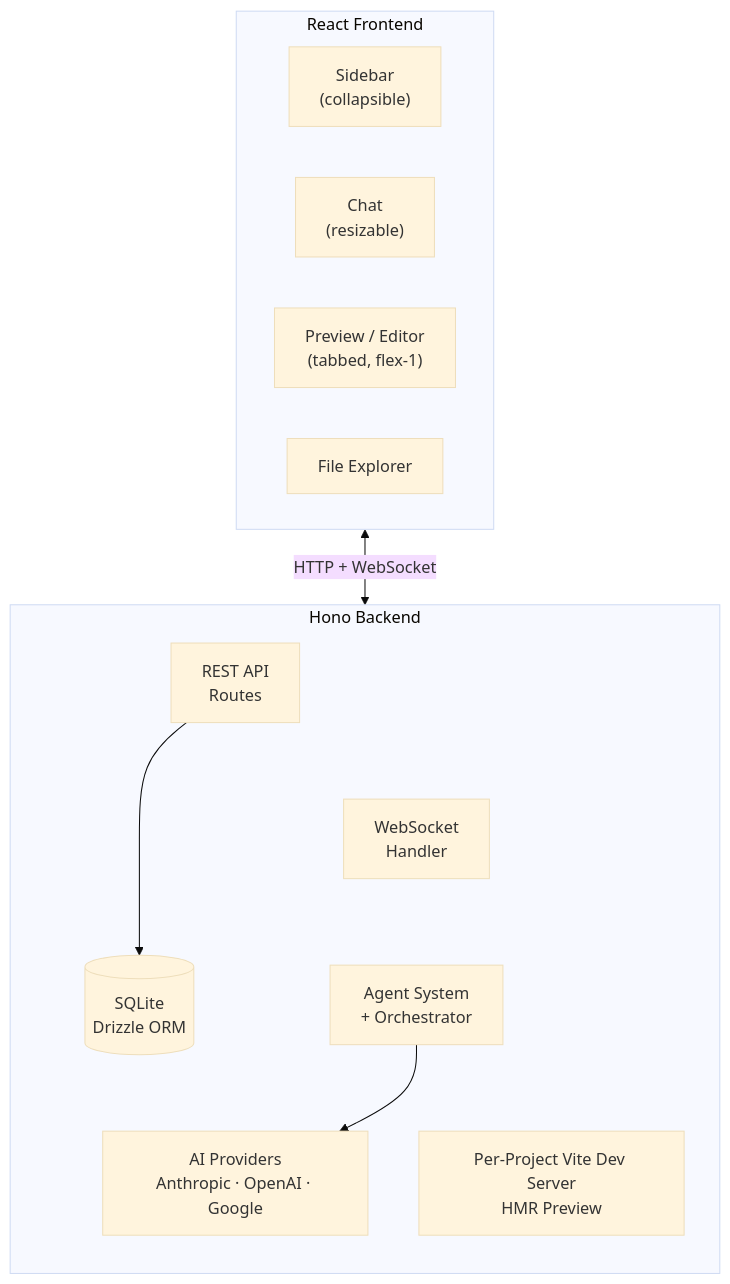
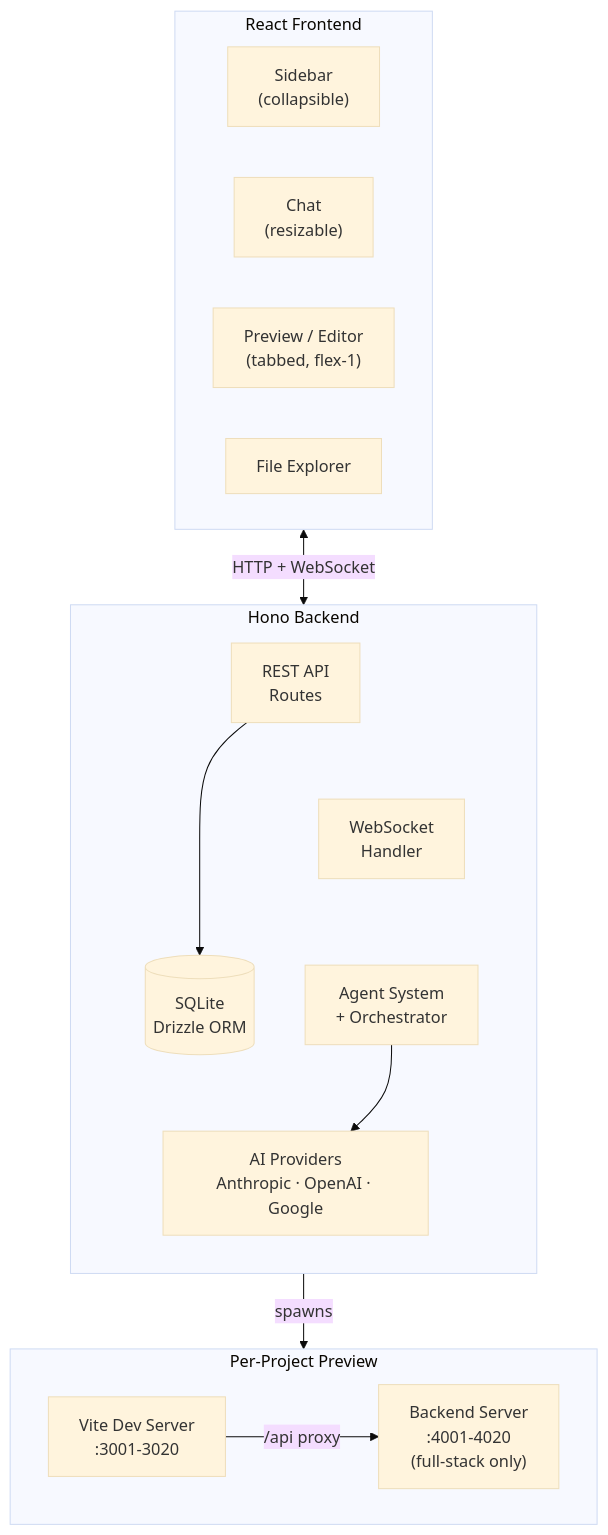
One commit to anthonybaldwin/page-gen changed the diagram in docs/wiki/Architecture.md. Above: the diagram before and after it, drawn with Mermaid (base theme). The commit also changed other lines of this file and 5 other files, not shown here.

````diff
--- a/docs/wiki/Architecture.md
+++ b/docs/wiki/Architecture.md
@@ -5,22 +5,29 @@
 ```mermaid
 graph TB
   subgraph FE["React Frontend"]
     direction LR
     SB["Sidebar<br>(collapsible)"]
     CH["Chat<br>(resizable)"]
     PV["Preview / Editor<br>(tabbed, flex-1)"]
     FX["File Explorer"]
   end
 
   FE <-->|"HTTP + WebSocket"| BE
 
   subgraph BE["Hono Backend"]
     direction TB
     REST["REST API<br>Routes"] ~~~ WSH["WebSocket<br>Handler"] ~~~ AGT["Agent System<br>+ Orchestrator"]
     DB[("SQLite<br>Drizzle ORM")] ~~~ AIP["AI Providers<br>Anthropic · OpenAI · Google"]
-    VITE["Per-Project Vite Dev Server<br>HMR Preview"]
+  end
+
+  subgraph PV2["Per-Project Preview"]
+    direction LR
+    VITE["Vite Dev Server<br>:3001-3020"]
+    BACK["Backend Server<br>:4001-4020<br>(full-stack only)"]
   end
 
   REST --> DB
   AGT --> AIP
+  AGT -->|"spawns"| PV2
+  VITE -->|"/api proxy"| BACK
 ```
````
